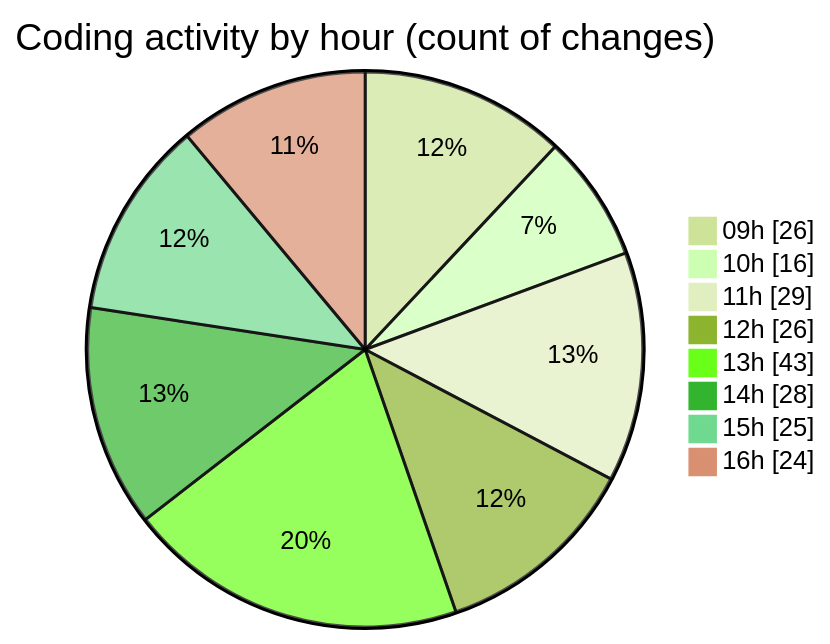
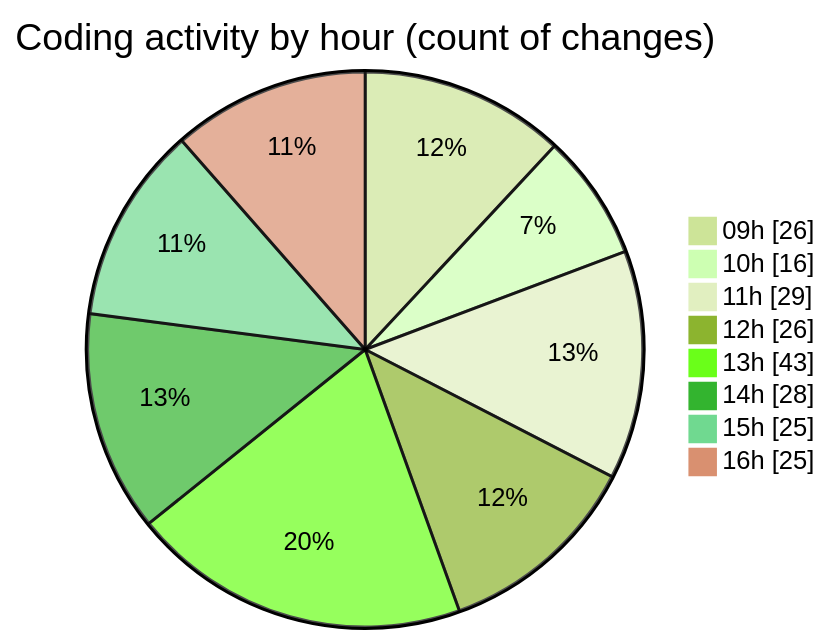
One commit to momahboobian/code-tracking changed the second of 2 diagrams in 2025-11-17/cda/README.md. Above: the diagram before and after it, drawn with Mermaid (forest theme). The commit also changed other lines of this file and 1 other file, not shown here.

````diff
--- a/2025-11-17/cda/README.md
+++ b/2025-11-17/cda/README.md
@@ -42,12 +42,12 @@
 ```mermaid
 pie showData
 title Coding activity by hour (count of changes)
 "09h" : 26
 "10h" : 16
 "11h" : 29
 "12h" : 26
 "13h" : 43
 "14h" : 28
 "15h" : 25
-"16h" : 24
+"16h" : 25
 ```
````
